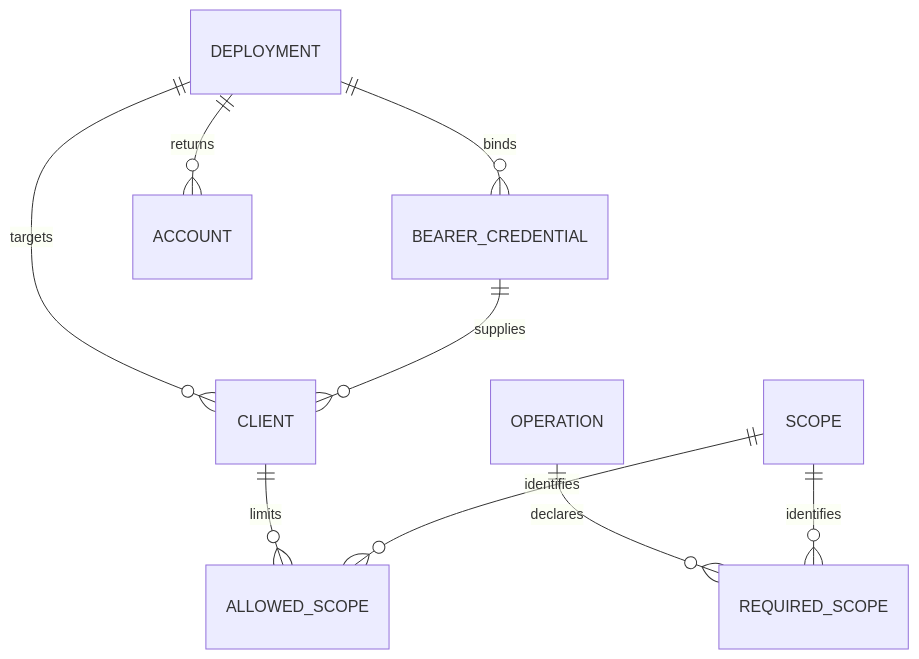
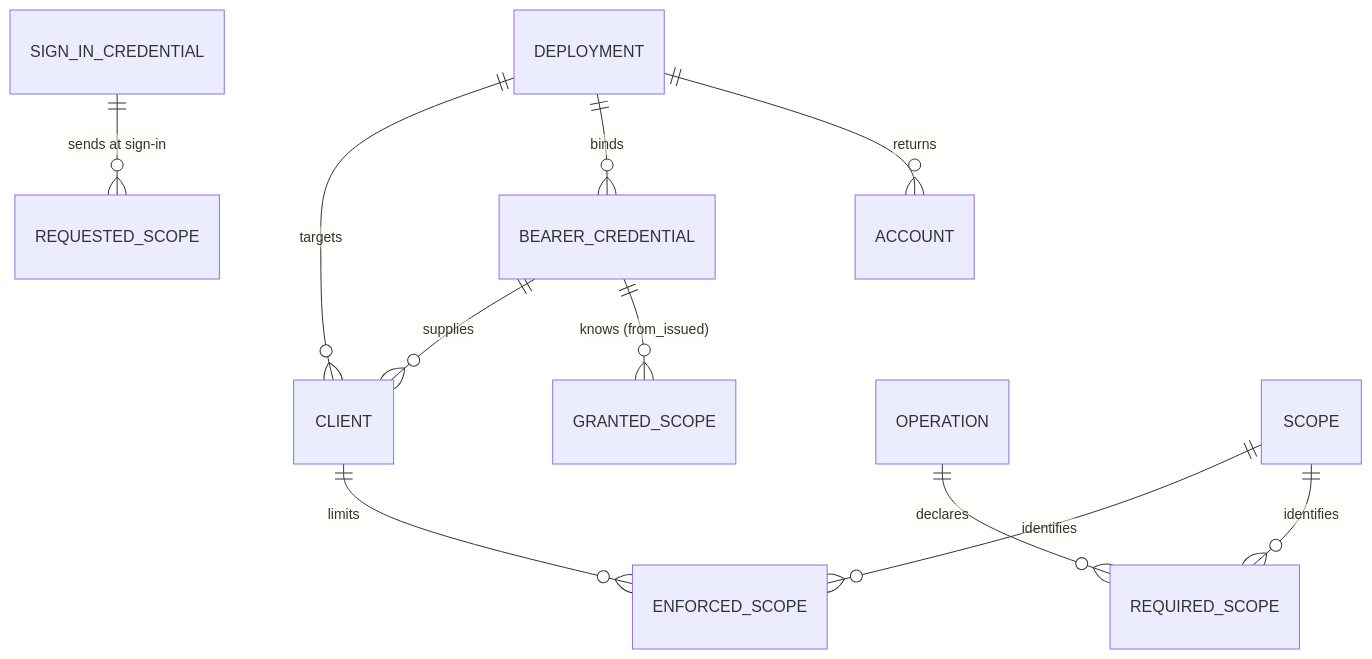
Diagram 11 of 11 in docs/dev/identity/index.md (FAIRmat-NFDI/nomad-python-api), drawn with Mermaid before and after one commit. The commit also changed other lines of this file and 30 other files, not shown here.

First line of the commit message:
feat(identity): separate requested and enforced scopes

````diff
--- a/docs/dev/identity/index.md
+++ b/docs/dev/identity/index.md
@@ -355,11 +375,13 @@
 ```mermaid
 erDiagram
     DEPLOYMENT ||--o{ CLIENT : targets
     DEPLOYMENT ||--o{ BEARER_CREDENTIAL : binds
     BEARER_CREDENTIAL ||--o{ CLIENT : supplies
-    CLIENT ||--o{ ALLOWED_SCOPE : limits
+    CLIENT ||--o{ ENFORCED_SCOPE : limits
+    BEARER_CREDENTIAL ||--o{ GRANTED_SCOPE : "knows (from_issued)"
+    SIGN_IN_CREDENTIAL ||--o{ REQUESTED_SCOPE : "sends at sign-in"
     OPERATION ||--o{ REQUIRED_SCOPE : declares
-    SCOPE ||--o{ ALLOWED_SCOPE : identifies
+    SCOPE ||--o{ ENFORCED_SCOPE : identifies
     SCOPE ||--o{ REQUIRED_SCOPE : identifies
     DEPLOYMENT ||--o{ ACCOUNT : returns
 ```
````
